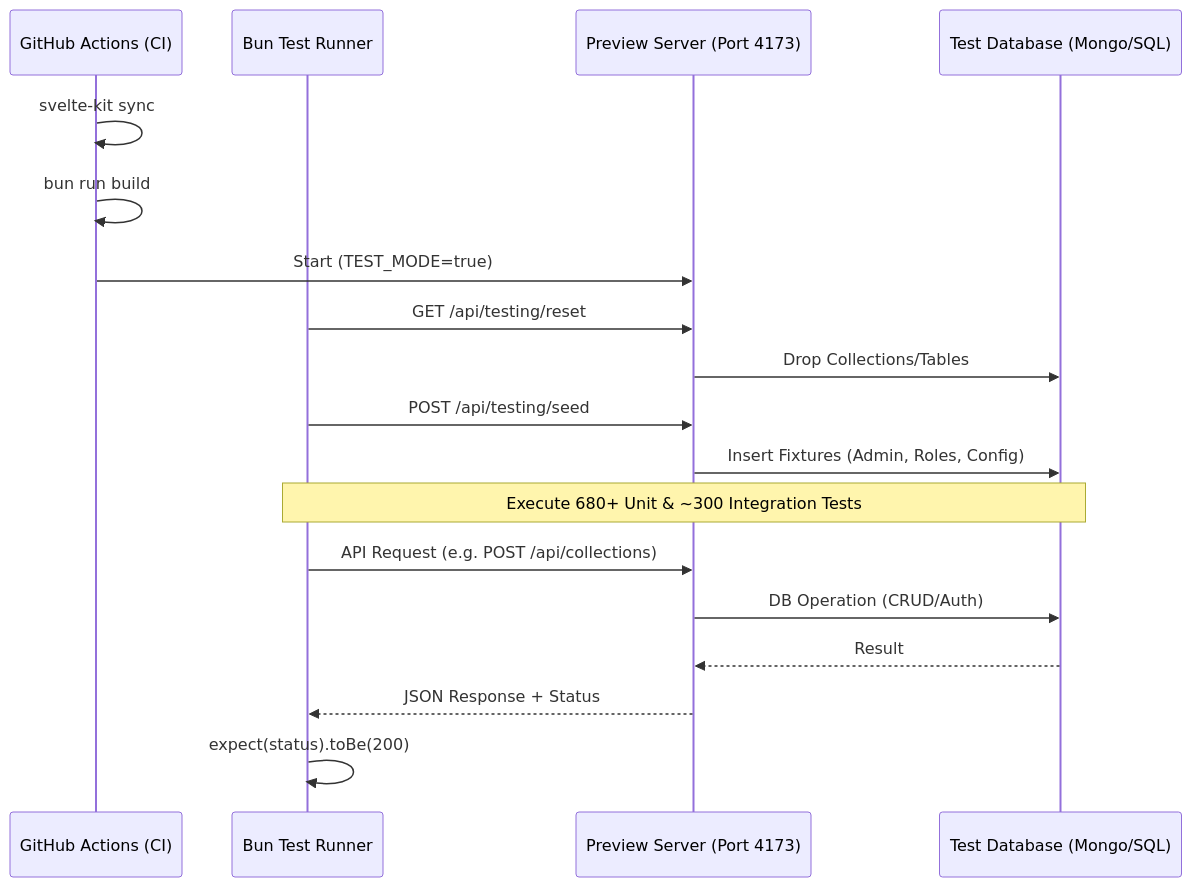
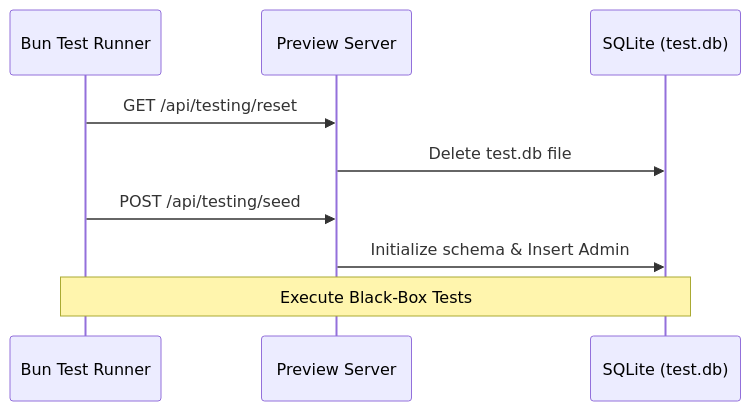
The diagram in docs/tests/database-tests.mdx (TamoorArif/SveltyCMS), drawn with Mermaid before and after one commit. The commit also changed other lines of this file and 39 other files, not shown here.

````diff
--- a/docs/tests/database-tests.mdx
+++ b/docs/tests/database-tests.mdx
@@ -114,21 +54,12 @@
 ```mermaid
 sequenceDiagram
-    participant CI as GitHub Actions (CI)
     participant Runner as Bun Test Runner
-    participant Server as Preview Server (Port 4173)
-    participant DB as Test Database (Mongo/SQL)
+    participant Server as Preview Server
+    participant DB as SQLite (test.db)
 
-    CI->>CI: svelte-kit sync
-    CI->>CI: bun run build
-    CI->>Server: Start (TEST_MODE=true)
     Runner->>Server: GET /api/testing/reset
-    Server->>DB: Drop Collections/Tables
+    Server->>DB: Delete test.db file
     Runner->>Server: POST /api/testing/seed
-    Server->>DB: Insert Fixtures (Admin, Roles, Config)
-    Note over Runner,DB: Execute 680+ Unit & ~300 Integration Tests
-    Runner->>Server: API Request (e.g. POST /api/collections)
-    Server->>DB: DB Operation (CRUD/Auth)
-    DB-->>Server: Result
-    Server-->>Runner: JSON Response + Status
-    Runner->>Runner: expect(status).toBe(200)
+    Server->>DB: Initialize schema & Insert Admin
+    Note over Runner,DB: Execute Black-Box Tests
 ```
````
